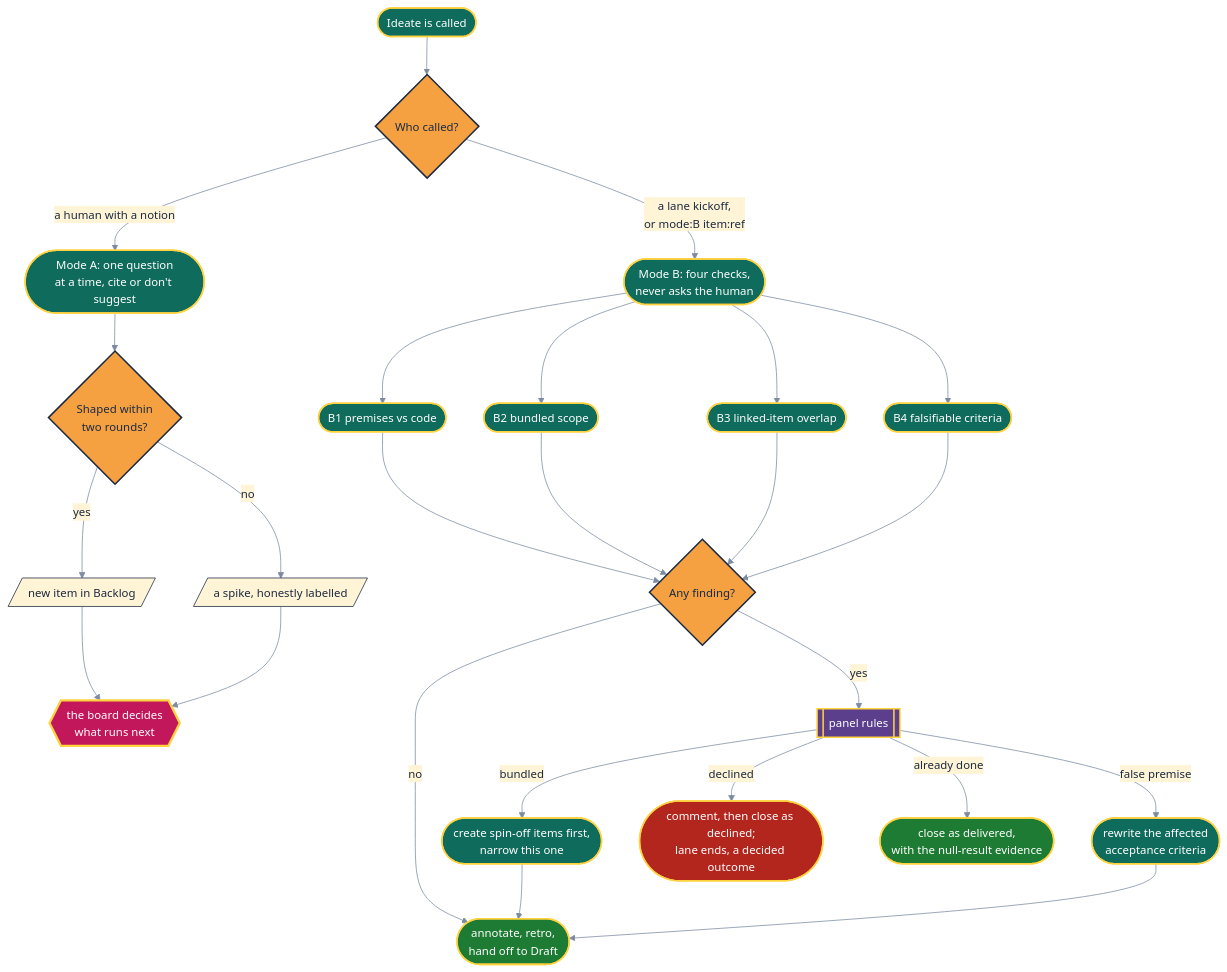
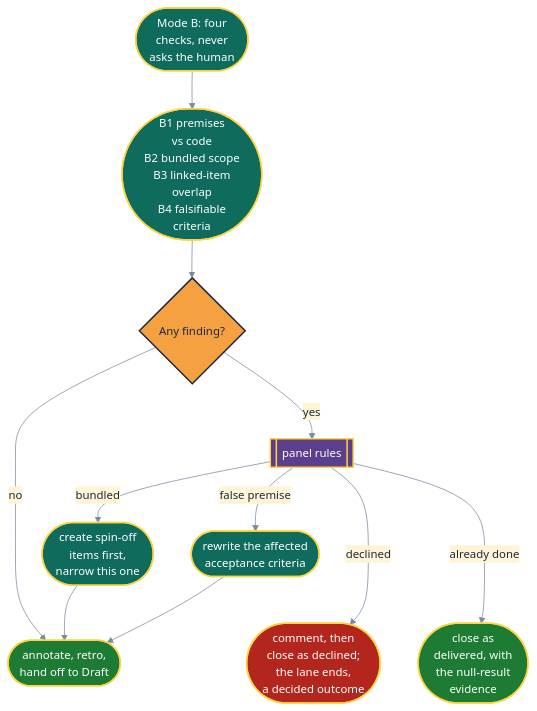
One commit to RubberDuckEngineering/ai-did-it changed the third of 8 diagrams in docs/stages.md. Above: the diagram before and after it, drawn with Mermaid. The commit also changed other lines of this file and 16 other files, not shown here.

````diff
--- a/docs/stages.md
+++ b/docs/stages.md
@@ -93,33 +112,19 @@
 ```mermaid
-%%{init: {"theme": "base", "themeVariables": {"fontSize": "15px", "primaryColor": "#FFF4D6", "primaryTextColor": "#1B2A41", "primaryBorderColor": "#1B2A41", "textColor": "#1B2A41", "lineColor": "#7C8BA1", "edgeLabelBackground": "#FFF4D6", "clusterBkg": "#1B2A41", "clusterBorder": "#FFD23F", "titleColor": "#FFD23F"}}}%%
+%%{init: {"theme": "base", "themeVariables": {"fontSize": "15px", "primaryColor": "#FFF4D6", "primaryTextColor": "#1B2A41", "primaryBorderColor": "#1B2A41", "textColor": "#1B2A41", "lineColor": "#7C8BA1", "edgeLabelBackground": "#FFF4D6", "clusterBkg": "#1B2A41", "clusterBorder": "#FFD23F", "titleColor": "#FFD23F"}, "flowchart": {"diagramPadding": 8}}}%%
 flowchart TB
-    IN(["Ideate is called"]):::link --> WHO{"Who called?"}:::gate
-    WHO -->|"a human with a notion"| A1(["Mode A: one question<br/>at a time, cite or don't suggest"]):::link
-    A1 --> A2{"Shaped within<br/>two rounds?"}:::gate
-    A2 -->|"yes"| A3[/"new item in Backlog"/]:::note
-    A2 -->|"no"| A4[/"a spike, honestly labelled"/]:::note
-    A3 --> AB{{"the board decides<br/>what runs next"}}:::human
-    A4 --> AB
-    WHO -->|"a lane kickoff,<br/>or mode:B item:ref"| B0(["Mode B: four checks,<br/>never asks the human"]):::link
-    B0 --> C1(["B1 premises vs code"]):::link
-    B0 --> C2(["B2 bundled scope"]):::link
-    B0 --> C3(["B3 linked-item overlap"]):::link
-    B0 --> C4(["B4 falsifiable criteria"]):::link
-    C1 --> F{"Any finding?"}:::gate
-    C2 --> F
-    C3 --> F
-    C4 --> F
+    B0(["Mode B: four<br/>checks, never<br/>asks the human"]):::link --> CHECKS(["B1 premises<br/>vs code<br/>B2 bundled scope<br/>B3 linked-item<br/>overlap<br/>B4 falsifiable<br/>criteria"]):::link
+    CHECKS --> F{"Any finding?"}:::gate
     F -->|"no"| GO(["annotate, retro,<br/>hand off to Draft"]):::ok
     F -->|"yes"| P[["panel rules"]]:::panel
-    P -->|"bundled"| SPLIT(["create spin-off items first,<br/>narrow this one"]):::link --> GO
+    P -->|"bundled"| SPLIT(["create spin-off<br/>items first,<br/>narrow this one"]):::link --> GO
     P -->|"false premise"| FIX(["rewrite the affected<br/>acceptance criteria"]):::link --> GO
-    P -->|"declined"| DEC(["comment, then close as declined;<br/>lane ends, a decided outcome"]):::stop
-    P -->|"already done"| DONE(["close as delivered,<br/>with the null-result evidence"]):::ok
+    P -->|"declined"| DEC(["comment, then<br/>close as declined;<br/>the lane ends,<br/>a decided outcome"]):::stop
+    P -->|"already done"| DONE(["close as<br/>delivered, with<br/>the null-result<br/>evidence"]):::ok
+    SPLIT ~~~ DEC
+    FIX ~~~ DONE
     classDef link fill:#0F6B5C,color:#FFFFFF,stroke:#FFD23F,stroke-width:2px
     classDef gate fill:#F5A142,color:#1B2A41,stroke:#1B2A41,stroke-width:2px
-    classDef human fill:#C2185B,color:#FFFFFF,stroke:#FFD23F,stroke-width:3px
     classDef panel fill:#5B3F8C,color:#FFFFFF,stroke:#FFD23F,stroke-width:2px
     classDef stop fill:#B3261E,color:#FFFFFF,stroke:#FFD23F,stroke-width:2px
     classDef ok fill:#1E7B34,color:#FFFFFF,stroke:#FFD23F,stroke-width:2px
-    classDef note fill:#FFF4D6,color:#1B2A41,stroke:#1B2A41,stroke-width:1px
 ```
````
